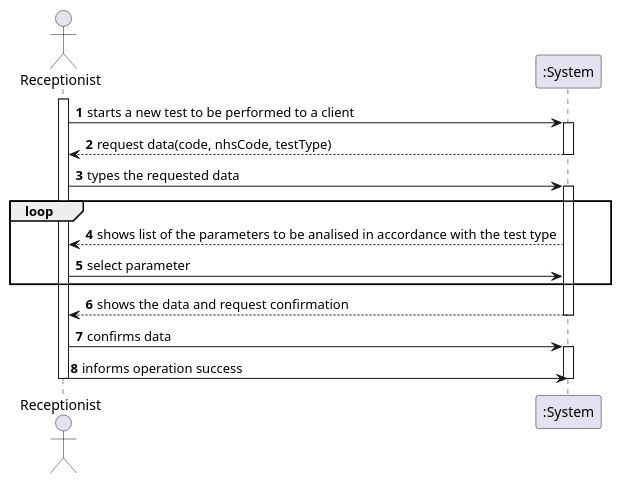
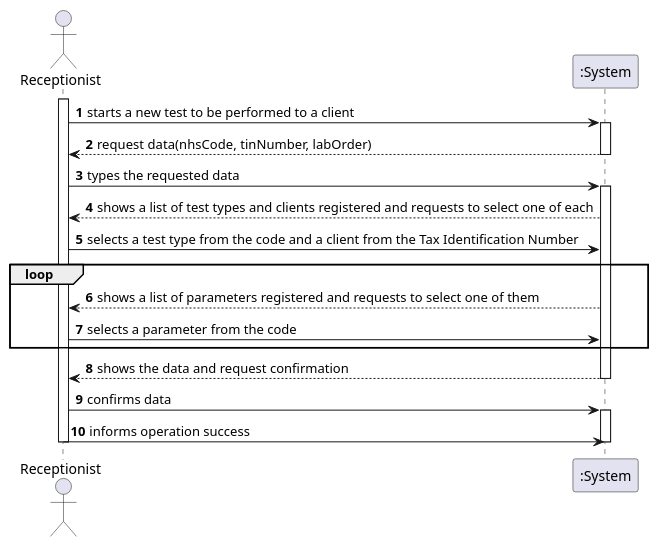
The diagram in docs/SprintC/US4_RegisterTest/US004_SSD.puml (Pedromaia26/LAPR2-ISEP), drawn with PlantUML before and after one commit.

Commit message:
US004_SSD final version

```diff
--- a/docs/SprintC/US4_RegisterTest/US004_SSD.puml
+++ b/docs/SprintC/US4_RegisterTest/US004_SSD.puml
@@ -1,26 +1,26 @@
 @startuml
 actor Receptionist as Adm
 participant ":System" as System
 
 autonumber
 activate Adm
 Adm -> System: starts a new test to be performed to a client
 activate System
-System --> Adm: request data(code, nhsCode, testType)
+System --> Adm: request data(nhsCode, tinNumber, labOrder)
 deactivate System
 Adm -> System: types the requested data
 activate System
-
+System --> Adm: shows a list of test types and clients registered and requests to select one of each
+Adm -> System: selects a test type from the code and a client from the Tax Identification Number
 loop
-System --> Adm: shows list of the parameters to be analised in accordance with the test type
-Adm -> System: select parameter
+System --> Adm: shows a list of parameters registered and requests to select one of them
+Adm -> System: selects a parameter from the code
 end
-
 System --> Adm: shows the data and request confirmation
 deactivate System
 Adm -> System: confirms data
 activate System
 Adm -> System: informs operation success
 deactivate System
 deactivate Adm
 @enduml
```
